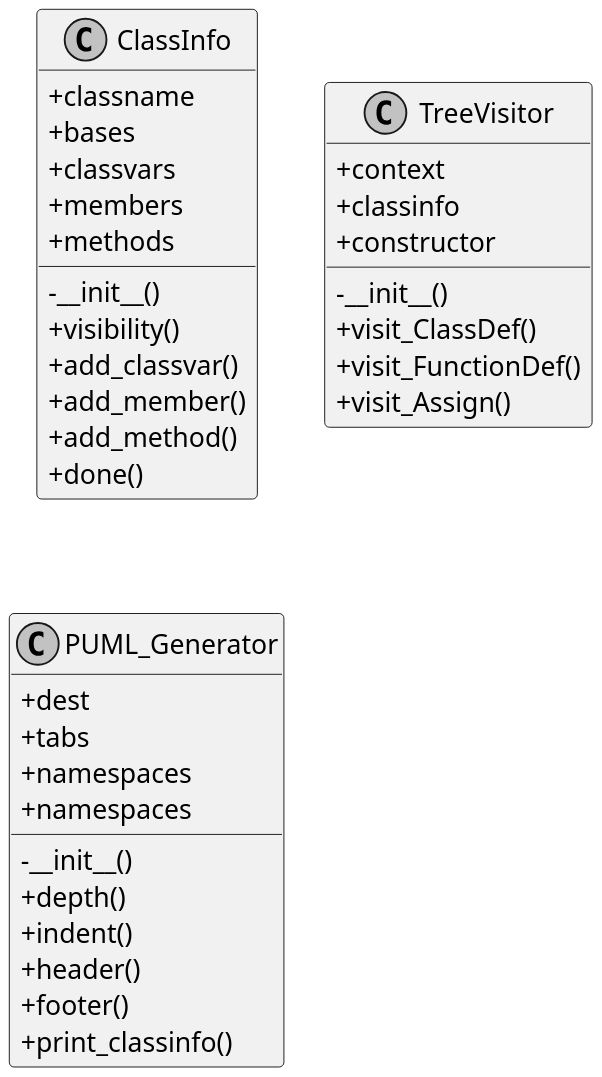
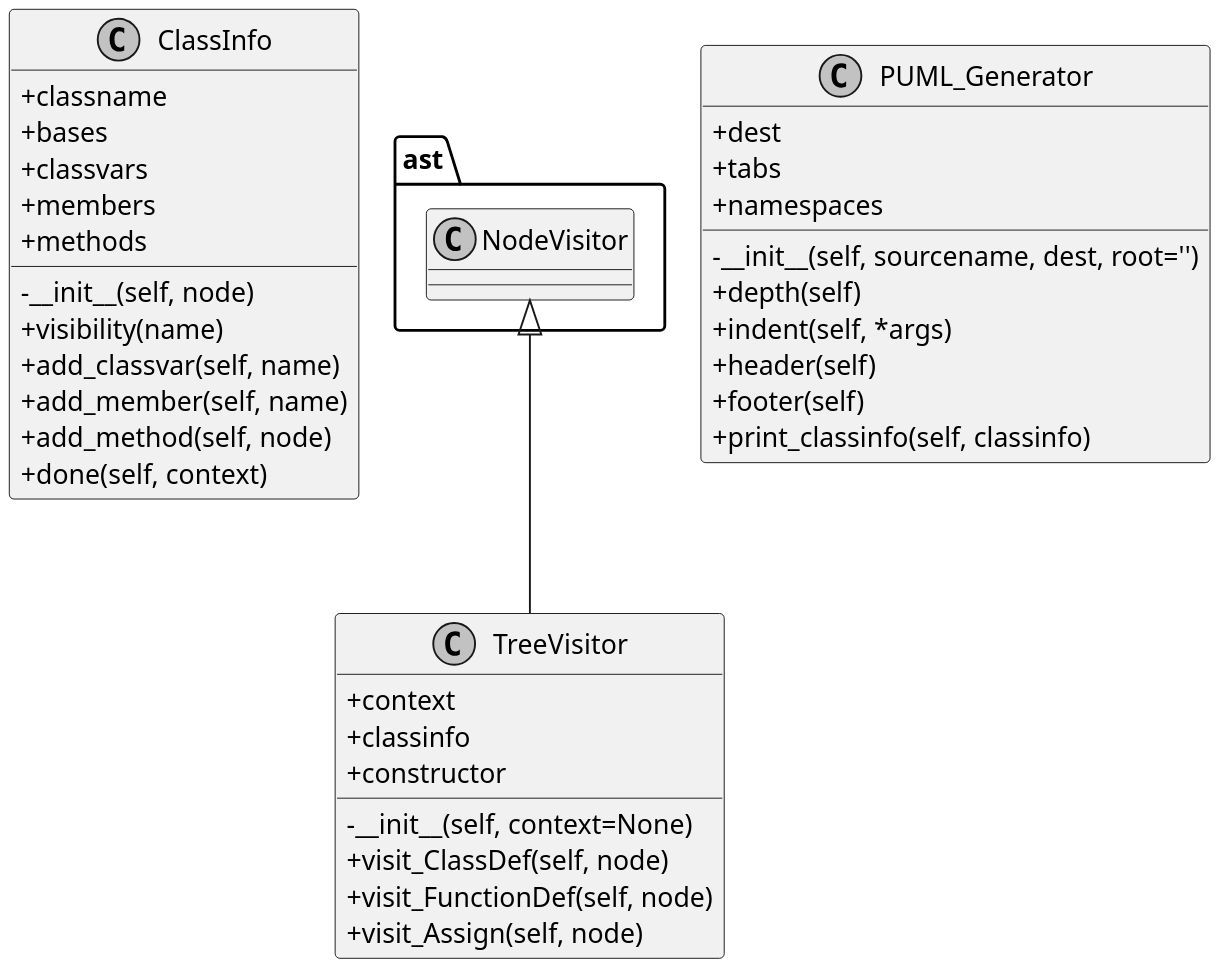
The diagram in py2puml/examples/py2puml.puml (deadbok/py-puml-tools), drawn with PlantUML before and after one commit. The commit also changed 4 other files, not shown here.

```diff
--- a/py2puml/examples/py2puml.puml
+++ b/py2puml/examples/py2puml.puml
@@ -1,43 +1,43 @@
 @startuml
 skinparam monochrome true
 skinparam classAttributeIconSize 0
 scale 2
 
 class ClassInfo {
   +classname
   +bases
   +classvars
   +members
   +methods
-  -__init__()
-  +visibility()
-  +add_classvar()
-  +add_member()
-  +add_method()
-  +done()
+  -__init__(self, node)
+  +visibility(name)
+  +add_classvar(self, name)
+  +add_member(self, name)
+  +add_method(self, node)
+  +done(self, context)
 }
 
+ast.NodeVisitor <|-- TreeVisitor
 class TreeVisitor {
   +context
   +classinfo
   +constructor
-  -__init__()
-  +visit_ClassDef()
-  +visit_FunctionDef()
-  +visit_Assign()
+  -__init__(self, context=None)
+  +visit_ClassDef(self, node)
+  +visit_FunctionDef(self, node)
+  +visit_Assign(self, node)
 }
 
 class PUML_Generator {
   +dest
   +tabs
   +namespaces
-  +namespaces
-  -__init__()
-  +depth()
-  +indent()
-  +header()
-  +footer()
-  +print_classinfo()
+  -__init__(self, sourcename, dest, root='')
+  +depth(self)
+  +indent(self, *args)
+  +header(self)
+  +footer(self)
+  +print_classinfo(self, classinfo)
 }
 
 @enduml
```
